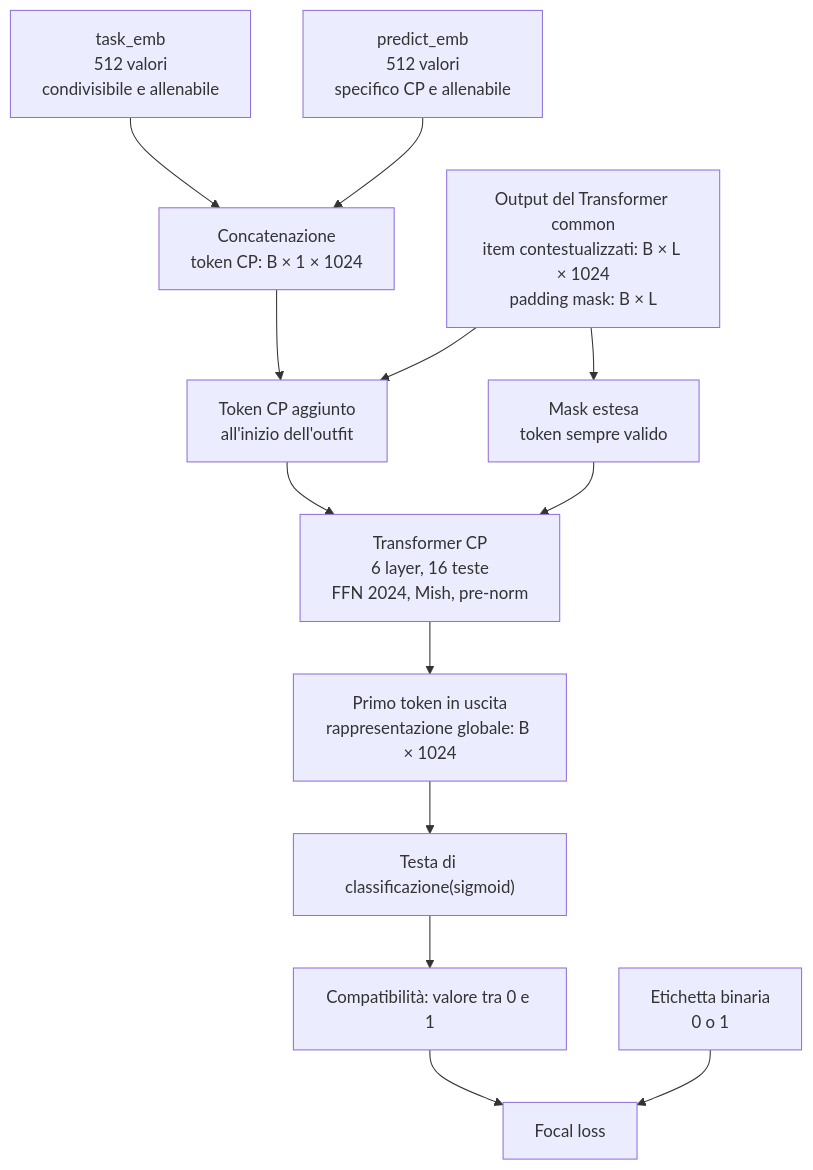
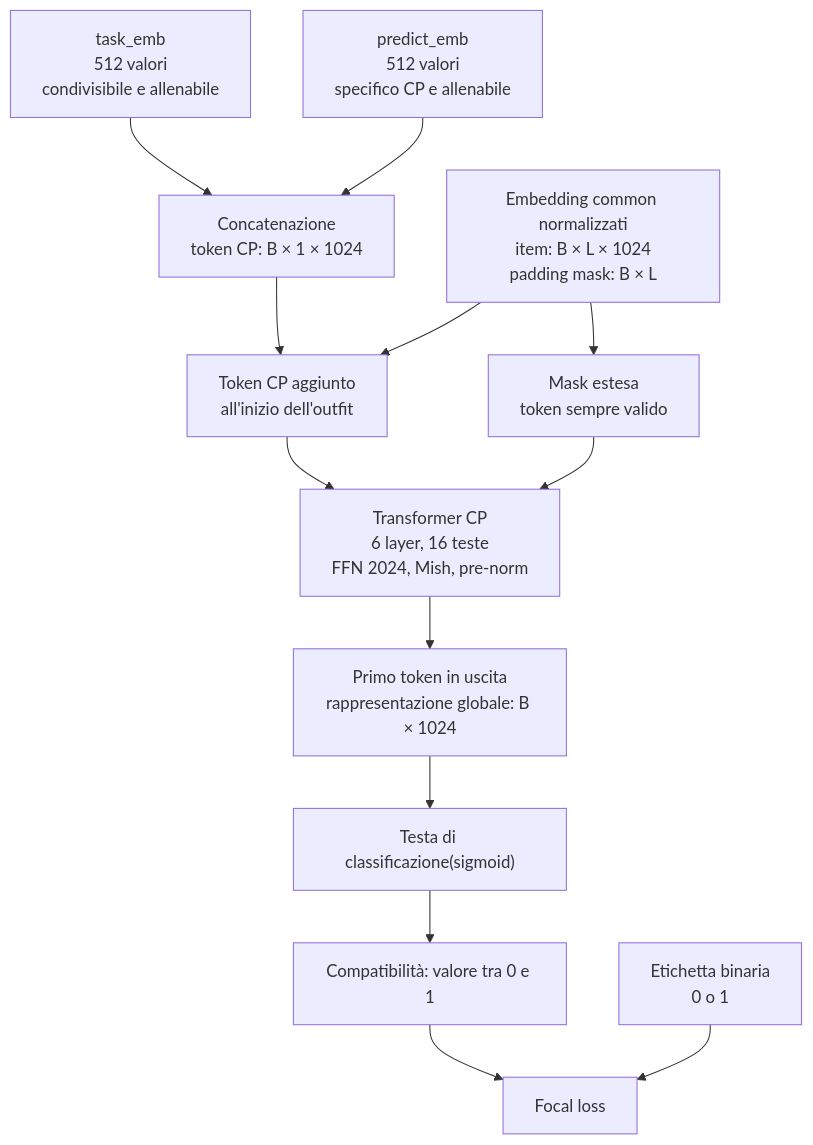
The diagram in model/cp/README.md (FlorindoDev/OutfitTransformer), drawn with Mermaid before and after one commit. The commit also changed other lines of this file and 25 other files, not shown here.

First line of the commit message:
refactor(model)!: remove common transformer

````diff
--- a/model/cp/README.md
+++ b/model/cp/README.md
@@ -45,28 +45,28 @@
 ```mermaid
 flowchart TD
-    COMMON["Output del Transformer common<br/>item contestualizzati: B × L × 1024<br/>padding mask: B × L"]
+    COMMON["Embedding common normalizzati<br/>item: B × L × 1024<br/>padding mask: B × L"]
     TASK["task_emb<br/>512 valori<br/>condivisibile e allenabile"]
     PREDICT["predict_emb<br/>512 valori<br/>specifico CP e allenabile"]
     TOKEN["Concatenazione<br/>token CP: B × 1 × 1024"]
     PREPEND["Token CP aggiunto<br/>all'inizio dell'outfit"]
     MASK["Mask estesa<br/>token sempre valido"]
     TRANSFORMER["Transformer CP<br/>6 layer, 16 teste<br/>FFN 2024, Mish, pre-norm"]
     GLOBAL["Primo token in uscita<br/>rappresentazione globale: B × 1024"]
     HEAD["Testa di classificazione(sigmoid)"]
     SCORE["Compatibilità: valore tra 0 e 1"]
     LABEL["Etichetta binaria<br/>0 o 1"]
     LOSS["Focal loss<br/>"]
 
     TASK --> TOKEN
     PREDICT --> TOKEN
     TOKEN --> PREPEND
     COMMON --> PREPEND
     COMMON --> MASK
     PREPEND --> TRANSFORMER
     MASK --> TRANSFORMER
     TRANSFORMER --> GLOBAL
     GLOBAL --> HEAD
     HEAD --> SCORE
     SCORE --> LOSS
     LABEL --> LOSS
 ```
````
